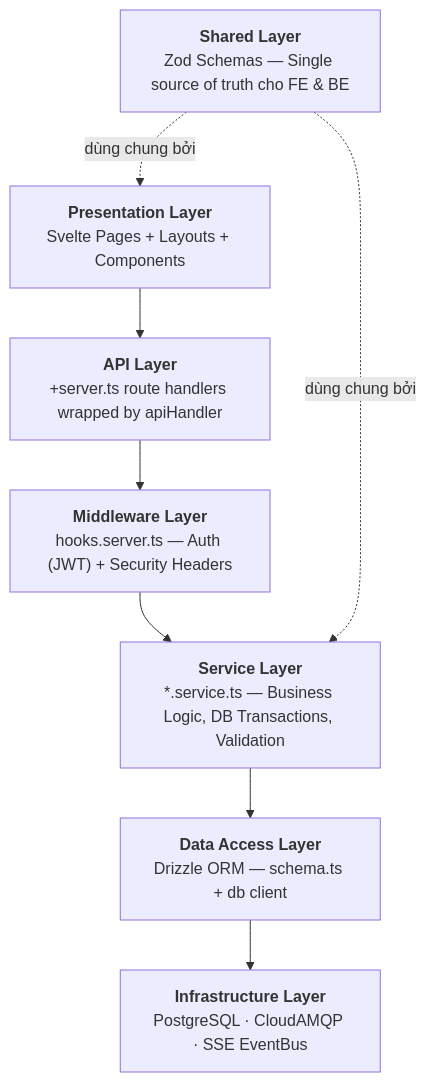
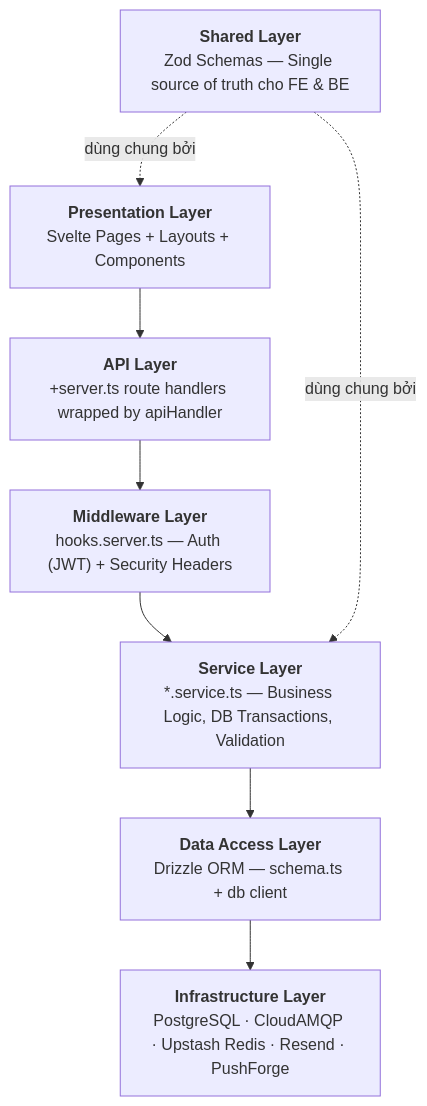
Before and after one commit to Tixtac-Project/tixtac: the third of 14 diagrams in docs/architecture.md, drawn with Mermaid. The commit also changed other lines of this file and 13 other files, not shown here.

````diff
--- a/docs/architecture.md
+++ b/docs/architecture.md
@@ -69,18 +71,18 @@
 ```mermaid
 graph TD
     A["<b>Presentation Layer</b><br/>Svelte Pages + Layouts + Components"]
     B["<b>API Layer</b><br/>+server.ts route handlers wrapped by apiHandler"]
     C["<b>Middleware Layer</b><br/>hooks.server.ts — Auth (JWT) + Security Headers"]
     D["<b>Service Layer</b><br/>*.service.ts — Business Logic, DB Transactions, Validation"]
     E["<b>Data Access Layer</b><br/>Drizzle ORM — schema.ts + db client"]
-    F["<b>Infrastructure Layer</b><br/>PostgreSQL · CloudAMQP · SSE EventBus"]
+    F["<b>Infrastructure Layer</b><br/>PostgreSQL · CloudAMQP · Upstash Redis · Resend · PushForge"]
     G["<b>Shared Layer</b><br/>Zod Schemas — Single source of truth cho FE & BE"]
 
     A --> B
     B --> C
     C --> D
     D --> E
     E --> F
     G -. "dùng chung bởi" .-> A
     G -. "dùng chung bởi" .-> D
 ```
````
